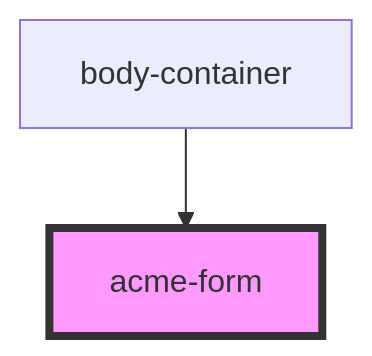
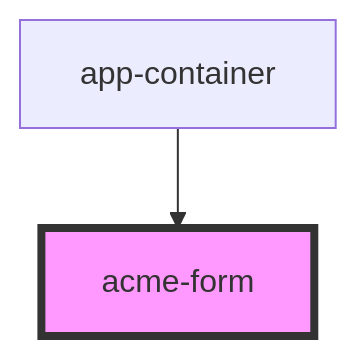
The diagram in src/components/acme-form/readme.md (LucaArgentieri/ACME-Enterprise), drawn with Mermaid before and after one commit. The commit also changed other lines of this file and 9 other files, not shown here.

````diff
--- a/src/components/acme-form/readme.md
+++ b/src/components/acme-form/readme.md
@@ -15,5 +15,5 @@
 ```mermaid
 graph TD;
-  body-container --> acme-form
+  app-container --> acme-form
   style acme-form fill:#f9f,stroke:#333,stroke-width:4px
 ```
````
